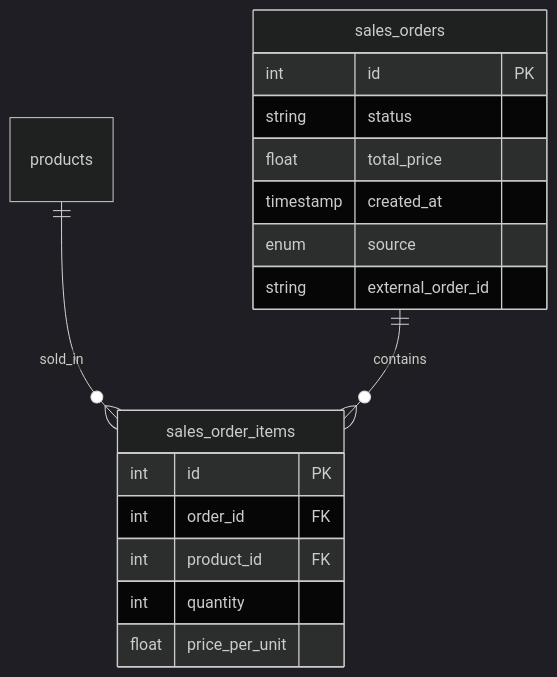
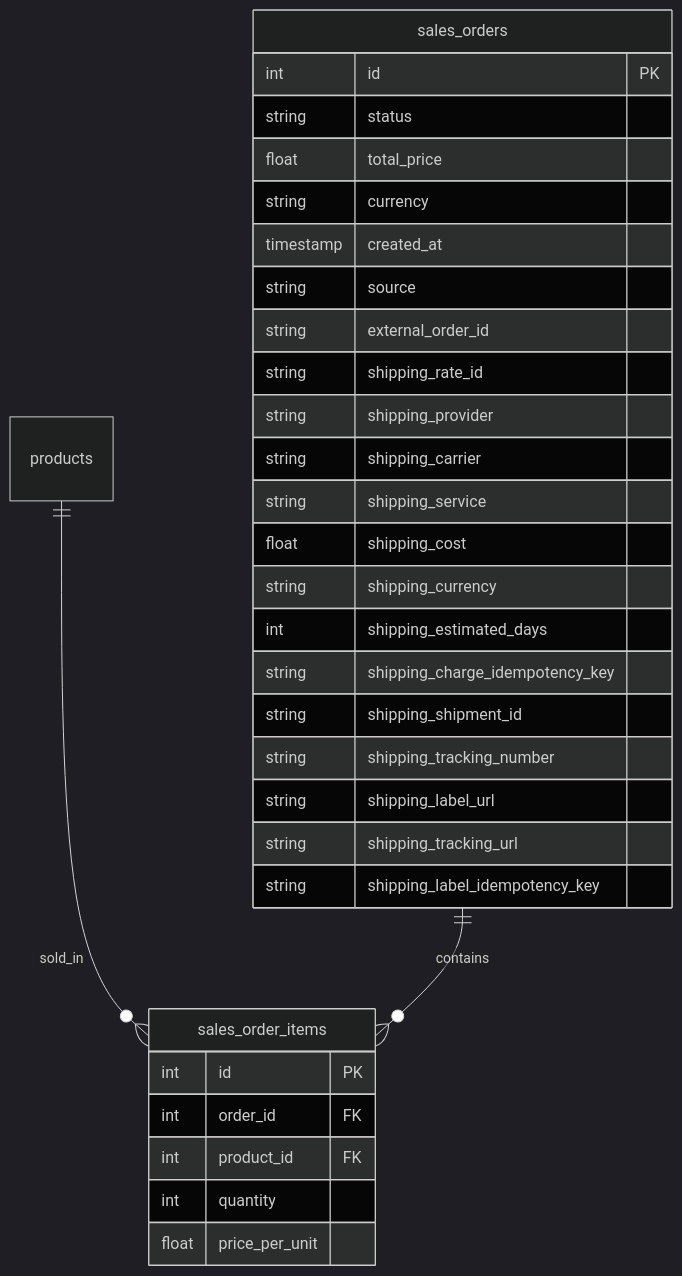
The fifth of 12 diagrams in docs/concepts/database-architecture.md (nickvander/fulcrum), drawn with Mermaid (dark theme) before and after one commit. The commit also changed 7 other files, not shown here.

````diff
--- a/docs/concepts/database-architecture.md
+++ b/docs/concepts/database-architecture.md
@@ -310,22 +310,36 @@
 ```mermaid
 erDiagram
     sales_orders {
         int id PK
         string status
         float total_price
+        string currency
         timestamp created_at
-        enum source
+        string source
         string external_order_id
+        string shipping_rate_id
+        string shipping_provider
+        string shipping_carrier
+        string shipping_service
+        float shipping_cost
+        string shipping_currency
+        int shipping_estimated_days
+        string shipping_charge_idempotency_key
+        string shipping_shipment_id
+        string shipping_tracking_number
+        string shipping_label_url
+        string shipping_tracking_url
+        string shipping_label_idempotency_key
     }
 
     sales_order_items {
         int id PK
         int order_id FK
         int product_id FK
         int quantity
         float price_per_unit
     }
 
     products ||--o{ sales_order_items : sold_in
     sales_orders ||--o{ sales_order_items : contains
 ```
````
